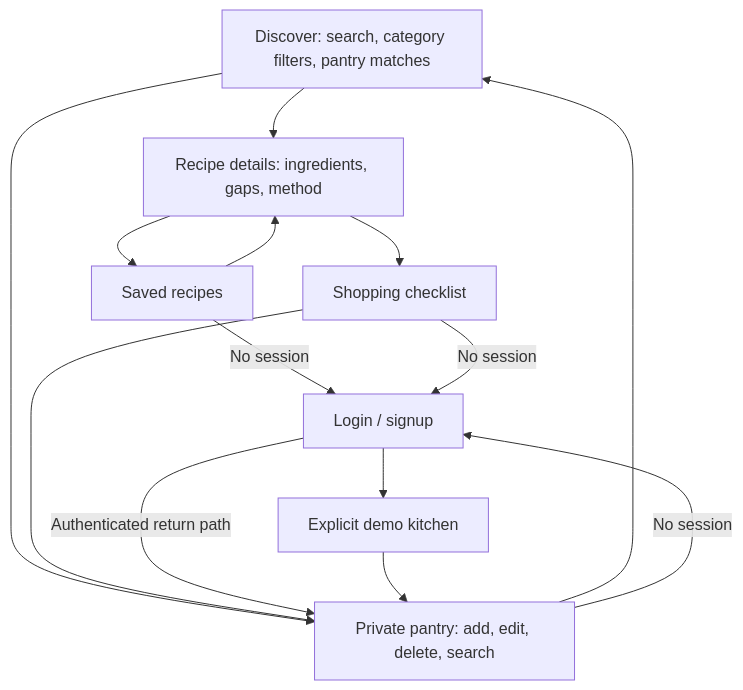
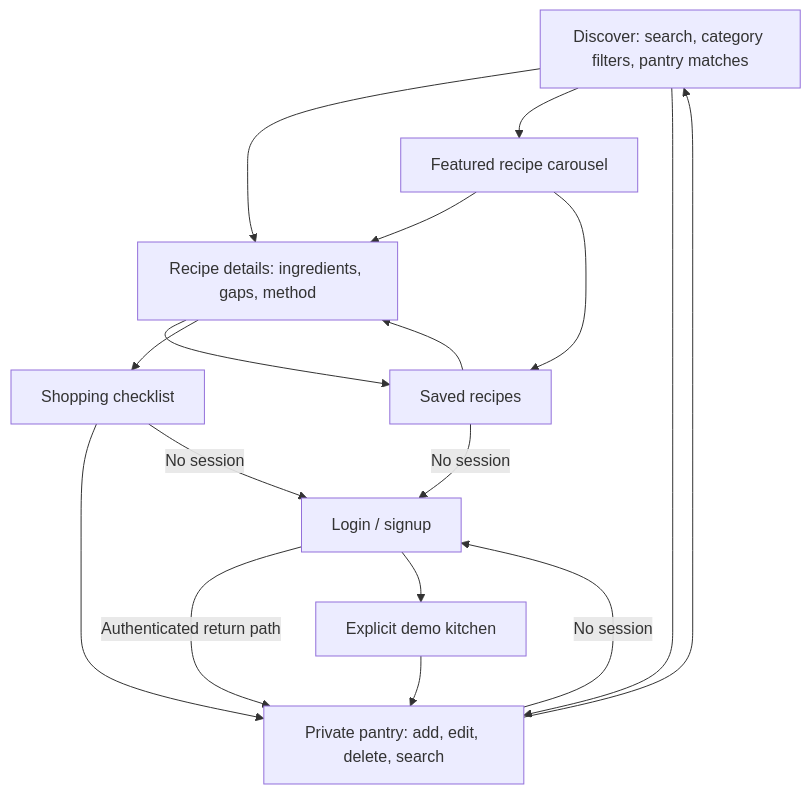
One commit to JovaniBouKhalil/FridgeChef changed the diagram in docs/FRONTEND_GUIDE.md. Above: the diagram before and after it, drawn with Mermaid. The commit also changed other lines of this file and 28 other files, not shown here.

Commit message:
Integrate typed Dish Orbit carousel with featured recipe actions

````diff
--- a/docs/FRONTEND_GUIDE.md
+++ b/docs/FRONTEND_GUIDE.md
@@ -26,23 +26,26 @@
 ```mermaid
 flowchart TD
   Discover[Discover: search, category filters, pantry matches]
   Detail[Recipe details: ingredients, gaps, method]
   Login[Login / signup]
   Pantry[Private pantry: add, edit, delete, search]
   Favorites[Saved recipes]
   Shopping[Shopping checklist]
   Demo[Explicit demo kitchen]
   Discover --> Detail
+  Discover --> Featured[Featured recipe carousel]
+  Featured --> Detail
+  Featured --> Favorites
   Discover --> Pantry
   Detail --> Favorites
   Detail --> Shopping
   Pantry --> Discover
   Favorites --> Detail
   Shopping --> Pantry
   Login -->|Authenticated return path| Pantry
   Login --> Demo
   Demo --> Pantry
   Pantry -->|No session| Login
   Favorites -->|No session| Login
   Shopping -->|No session| Login
 ```
````
